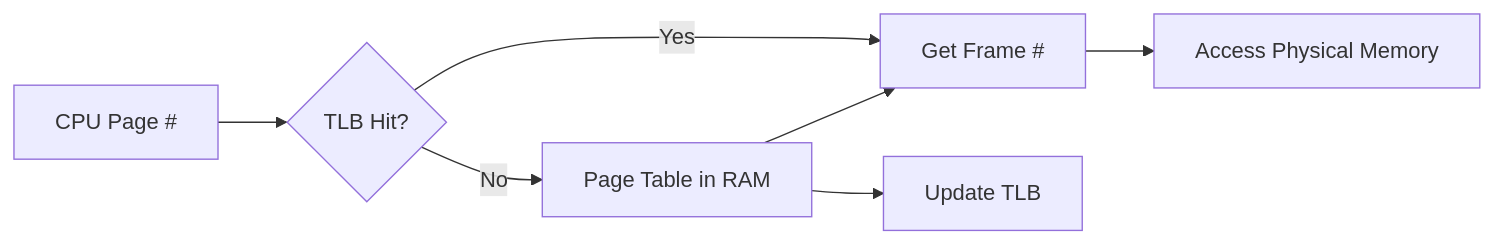
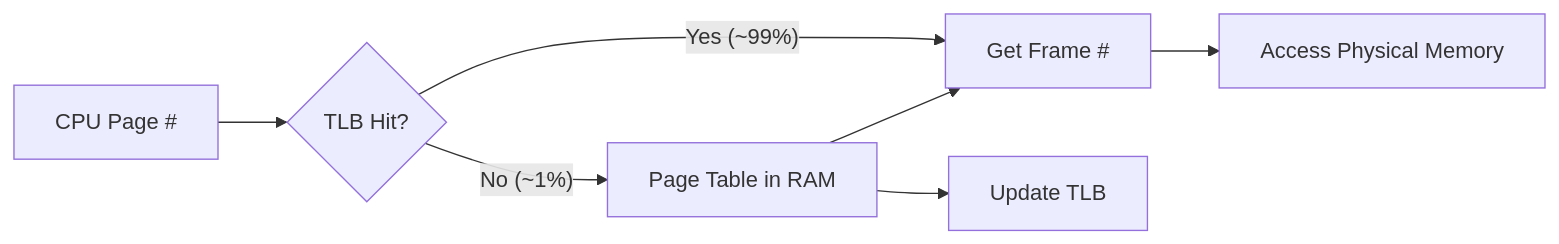
One commit to Nathan0820/vault changed the second of 5 diagrams in content/CS2106/L8.md. Above: the diagram before and after it, drawn with Mermaid. The commit also changed other lines of this file and 2 other files, not shown here.

````diff
--- a/content/CS2106/L8.md
+++ b/content/CS2106/L8.md
@@ -75,9 +113,9 @@
 ```mermaid
 graph LR
     CPU[CPU Page #] --> TLB{TLB Hit?}
-    TLB -- Yes --> Frame[Get Frame #]
-    TLB -- No --> PT[Page Table in RAM]
+    TLB -- "Yes (~99%)" --> Frame[Get Frame #]
+    TLB -- "No (~1%)" --> PT[Page Table in RAM]
     PT --> Frame
     PT --> Update[Update TLB]
     Frame --> Access[Access Physical Memory]
 ```
````
